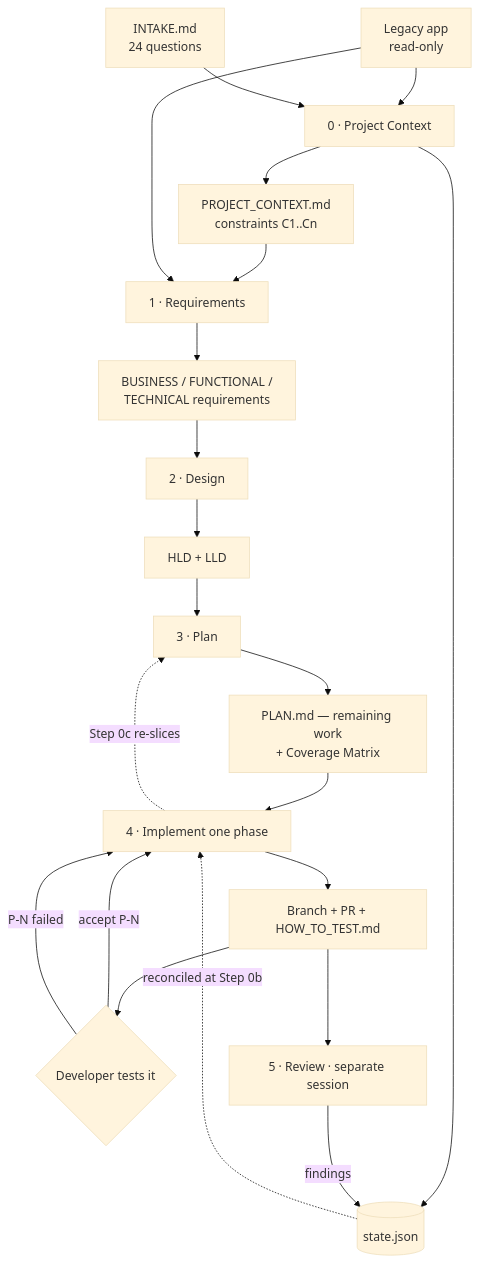
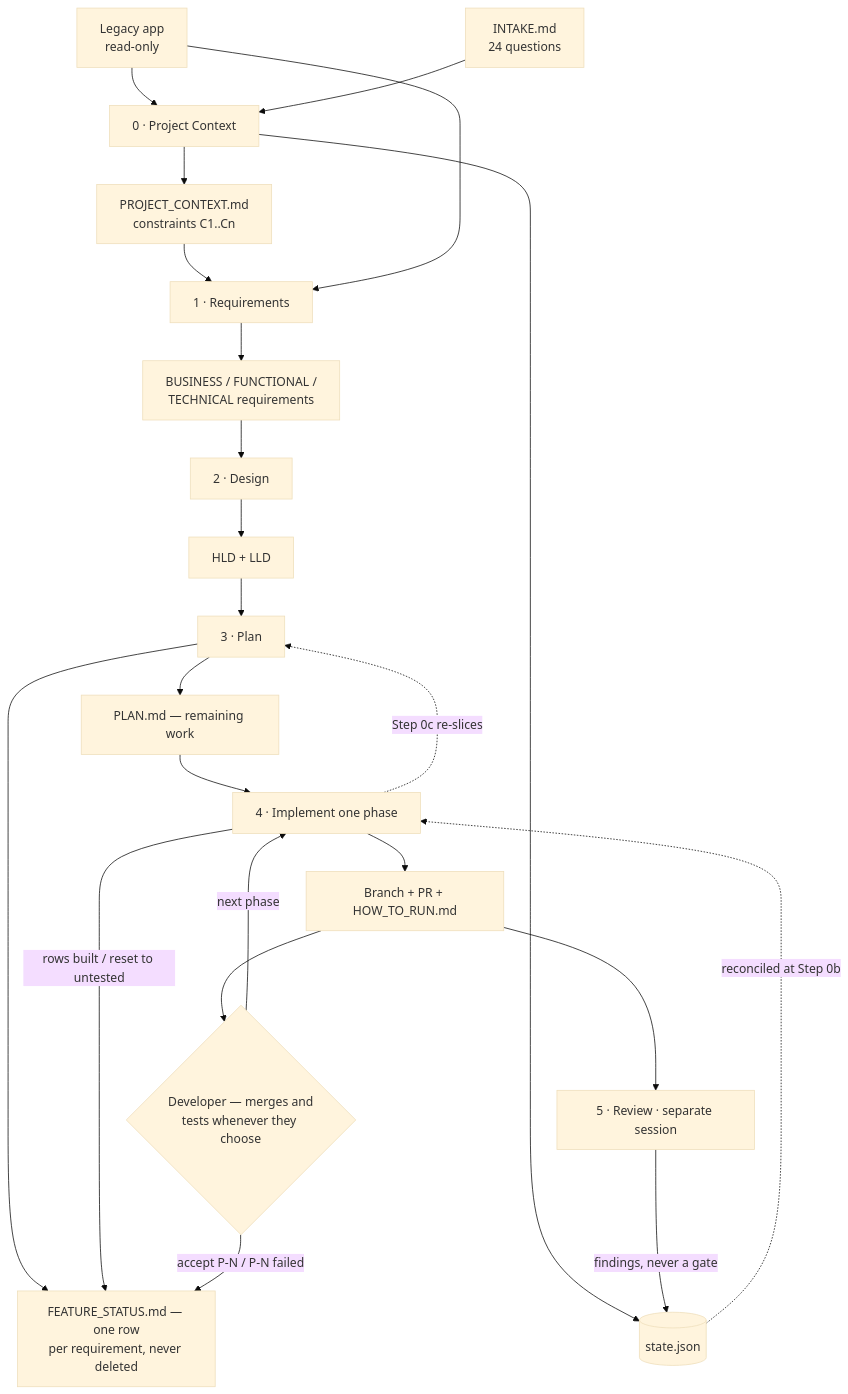
One commit to Mabeesha/AppModernizationHarness changed the first of 4 diagrams in docs/DESIGN.md. Above: the diagram before and after it, drawn with Mermaid (base theme). The commit also changed other lines of this file and 11 other files, not shown here.

````diff
--- a/docs/DESIGN.md
+++ b/docs/DESIGN.md
@@ -32,23 +32,25 @@
 ```mermaid
 flowchart TD
     L[Legacy app<br/>read-only] --> S0
     I[INTAKE.md<br/>24 questions] --> S0[0 · Project Context]
     S0 --> PC[PROJECT_CONTEXT.md<br/>constraints C1..Cn]
     S0 --> ST[(state.json)]
     PC --> S1[1 · Requirements]
     L --> S1
     S1 --> REQ[BUSINESS / FUNCTIONAL /<br/>TECHNICAL requirements]
     REQ --> S2[2 · Design]
     S2 --> D[HLD + LLD]
     D --> S3[3 · Plan]
-    S3 --> PL[PLAN.md — remaining work<br/>+ Coverage Matrix]
+    S3 --> PL[PLAN.md — remaining work]
+    S3 --> FS[FEATURE_STATUS.md — one row<br/>per requirement, never deleted]
     PL --> S4[4 · Implement one phase]
-    S4 --> PR[Branch + PR + HOW_TO_TEST.md]
-    PR --> DEV{Developer tests it}
-    DEV -- accept P-N --> S4
-    DEV -- P-N failed --> S4
+    S4 --> PR[Branch + PR + HOW_TO_RUN.md]
+    S4 -->|rows built / reset to untested| FS
+    PR --> DEV{Developer — merges and<br/>tests whenever they choose}
+    DEV -- next phase --> S4
+    DEV -- accept P-N / P-N failed --> FS
     S4 -.->|Step 0c re-slices| S3
     PR --> S5[5 · Review · separate session]
-    S5 -->|findings| ST
+    S5 -->|findings, never a gate| ST
     ST -.->|reconciled at Step 0b| S4
 ```
````
